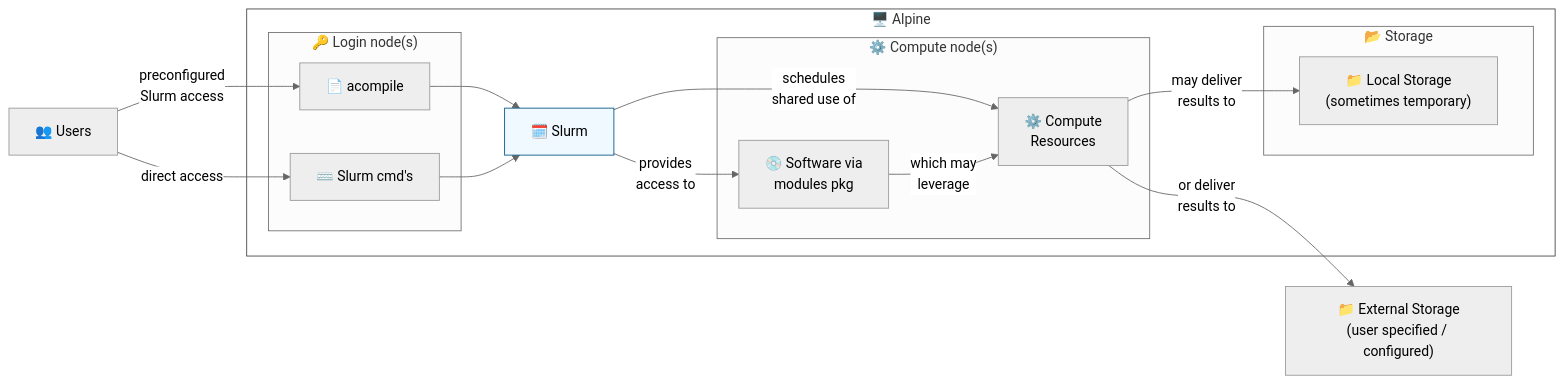
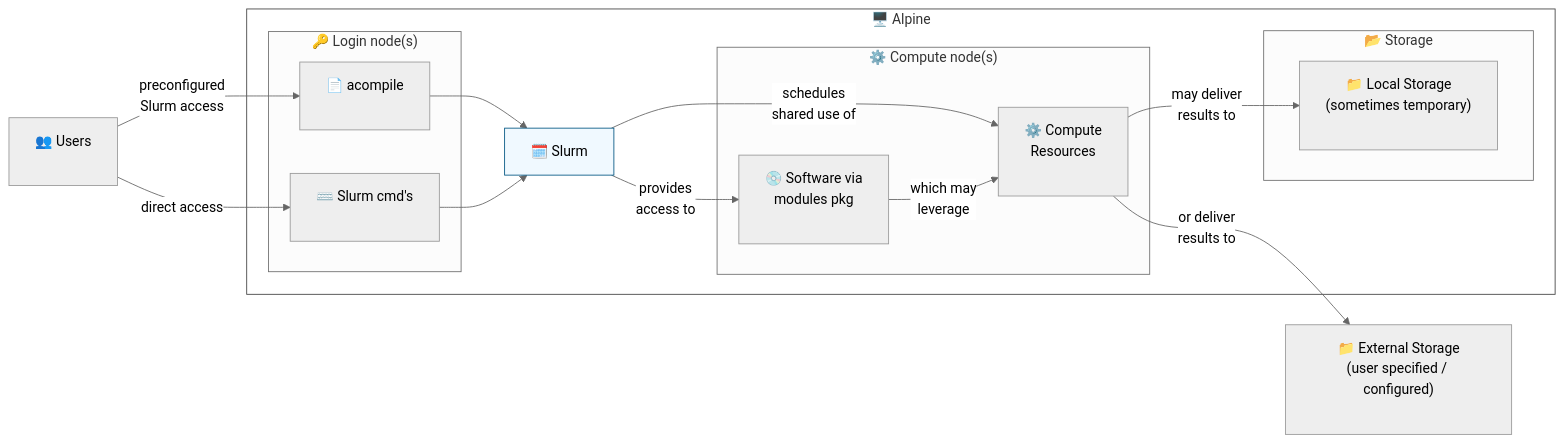
Before and after one commit to CU-DBMI/set-website: the third of 8 diagrams in _posts/2023-07-07-Using-Python-and-Anaconda-with-the-Alpine-HPC-Cluster.md, drawn with Mermaid (neutral theme). The commit also changed other lines of this file, not shown here.

Commit message:
use breaks to render mermaid properly

````diff
--- a/_posts/2023-07-07-Using-Python-and-Anaconda-with-the-Alpine-HPC-Cluster.md
+++ b/_posts/2023-07-07-Using-Python-and-Anaconda-with-the-Alpine-HPC-Cluster.md
@@ -97,29 +97,29 @@
 ```mermaid!
 flowchart LR
-    users["👥 Users"]
-    subgraph alpine["🖥️ Alpine"]
+    users["👥 Users<br/><br/>"]
+    subgraph alpine["🖥️ Alpine<br/><br/>"]
         slurm["🗓️ Slurm"]
-        subgraph loginnodes["🔑 Login node(s)"]
-            acompile["📄 acompile"]
-            slurmcmd["⌨️ Slurm cmd's"]
+        subgraph loginnodes["🔑 Login node(s)<br/><br/>"]
+            acompile["📄 acompile<br/><br/>"]
+            slurmcmd["⌨️ Slurm cmd's<br/><br/>"]
         end
-        subgraph computenodes["⚙️ Compute node(s)"]
-            hardware["⚙️ Compute\nResources"]
-            modules["💿 Software via\nmodules pkg"]
+        subgraph computenodes["⚙️ Compute node(s)<br/><br/>"]
+            hardware["⚙️ Compute\nResources<br/><br/>"]
+            modules["💿 Software via\nmodules pkg<br/><br/>"]
         end
-        subgraph storage["📂 Storage"]
-            localstorage["📁 Local Storage\n(sometimes temporary)"]
+        subgraph storage["📂 Storage<br/><br/>"]
+            localstorage["📁 Local Storage\n(sometimes temporary)<br/><br/>"]
         end
     end
-    remotestorage["📁 External Storage\n(user specified / configured)"]
+    remotestorage["📁 External Storage\n(user specified / configured)<br/><br/>"]
 
     users --> |preconfigured\nSlurm access| acompile --> slurm
     users --> |direct access | slurmcmd --> slurm
     slurm --> |schedules\nshared  use of| hardware
     slurm --> |provides\naccess to| modules --> |which may\n leverage| hardware
     hardware --> |may deliver\nresults to| localstorage
     hardware --> |or deliver\nresults to| remotestorage
 
 style alpine fill:#ffffff,stroke:#444444;
 style slurm fill:#F0F9FF,stroke:#075985;
 ```
````
